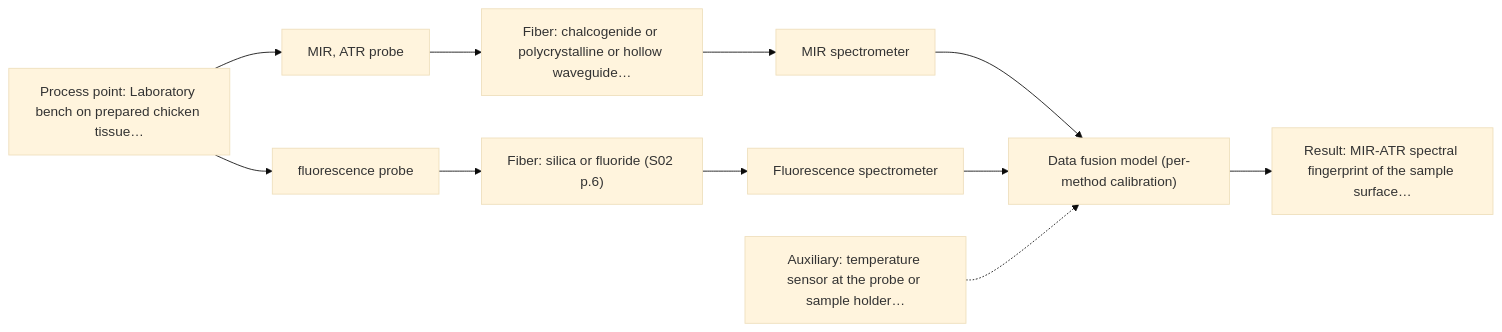
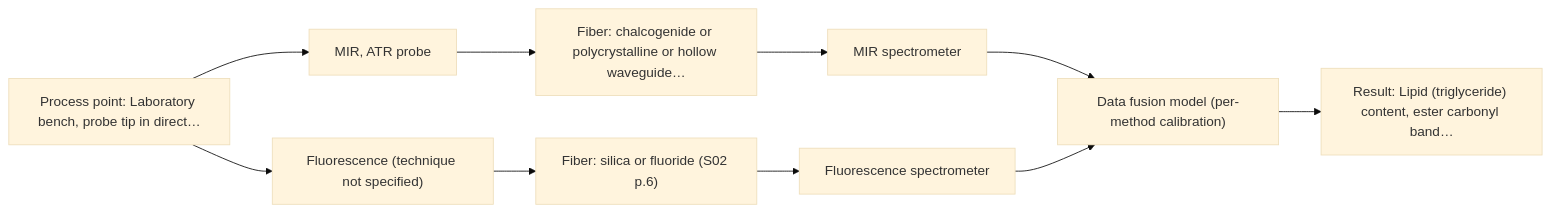
Before and after one commit to sleipnir029/Afs-Spectroscopy-Assistant: the second of 2 diagrams in outputs/dev/D08.md, drawn with Mermaid (base theme). The commit also changed other lines of this file and 18 other files, not shown here.

````diff
--- a/outputs/dev/D08.md
+++ b/outputs/dev/D08.md
@@ -67,23 +55,21 @@
 ```mermaid
 flowchart LR
-    proc["Process point: Laboratory bench on prepared chicken tissue…"]
+    proc["Process point: Laboratory bench, probe tip in direct…"]
     probe1["MIR, ATR probe"]
     fiber1["Fiber: chalcogenide or polycrystalline or hollow waveguide…"]
     spec1["MIR spectrometer"]
-    probe2["fluorescence probe"]
+    probe2["Fluorescence (technique not specified)"]
     fiber2["Fiber: silica or fluoride (S02 p.6)"]
     spec2["Fluorescence spectrometer"]
     model["Data fusion model (per-method calibration)"]
-    result["Result: MIR-ATR spectral fingerprint of the sample surface…"]
-    aux1["Auxiliary: temperature sensor at the probe or sample holder…"]
+    result["Result: Lipid (triglyceride) content, ester carbonyl band…"]
     proc --> probe1
     probe1 --> fiber1
     fiber1 --> spec1
     spec1 --> model
     proc --> probe2
     probe2 --> fiber2
     fiber2 --> spec2
     spec2 --> model
     model --> result
-    aux1 -.-> model
 ```
````
